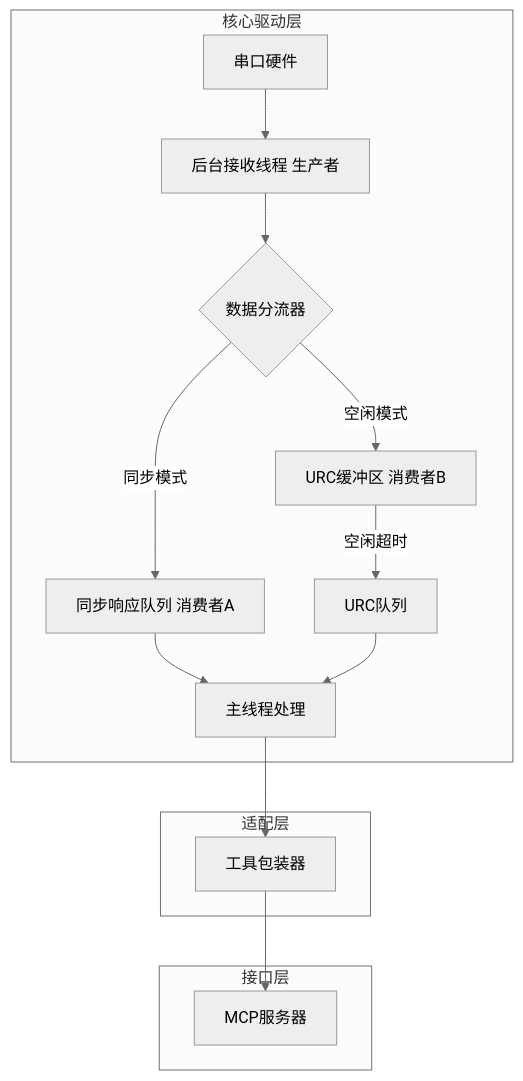
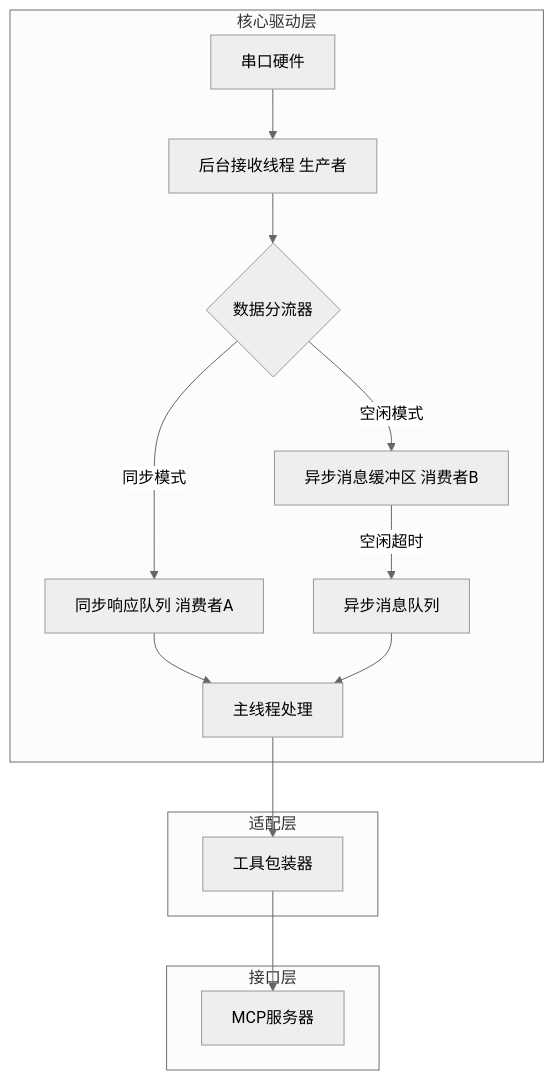
The second of 5 diagrams in doc/05-软件实现架构文档.md (niusulong/serial2mcp1), drawn with Mermaid (neutral theme) before and after one commit. The commit also changed other lines of this file and 13 other files, not shown here.

````diff
--- a/doc/05-软件实现架构文档.md
+++ b/doc/05-软件实现架构文档.md
@@ -105,24 +105,24 @@
 ```mermaid
 flowchart TD
     subgraph "核心驱动层"
         A[串口硬件] --> B[后台接收线程 生产者]
 
         B --> C{数据分流器}
 
         C -->|同步模式| D[同步响应队列 消费者A]
-        C -->|空闲模式| E[URC缓冲区 消费者B]
+        C -->|空闲模式| E[异步消息缓冲区 消费者B]
 
-        E -->|空闲超时| F[URC队列]
+        E -->|空闲超时| F[异步消息队列]
 
         D --> G[主线程处理]
         F --> G
     end
 
     subgraph "适配层"
         G --> H[工具包装器]
     end
 
     subgraph "接口层"
         H --> I[MCP服务器]
     end
 ```
````
